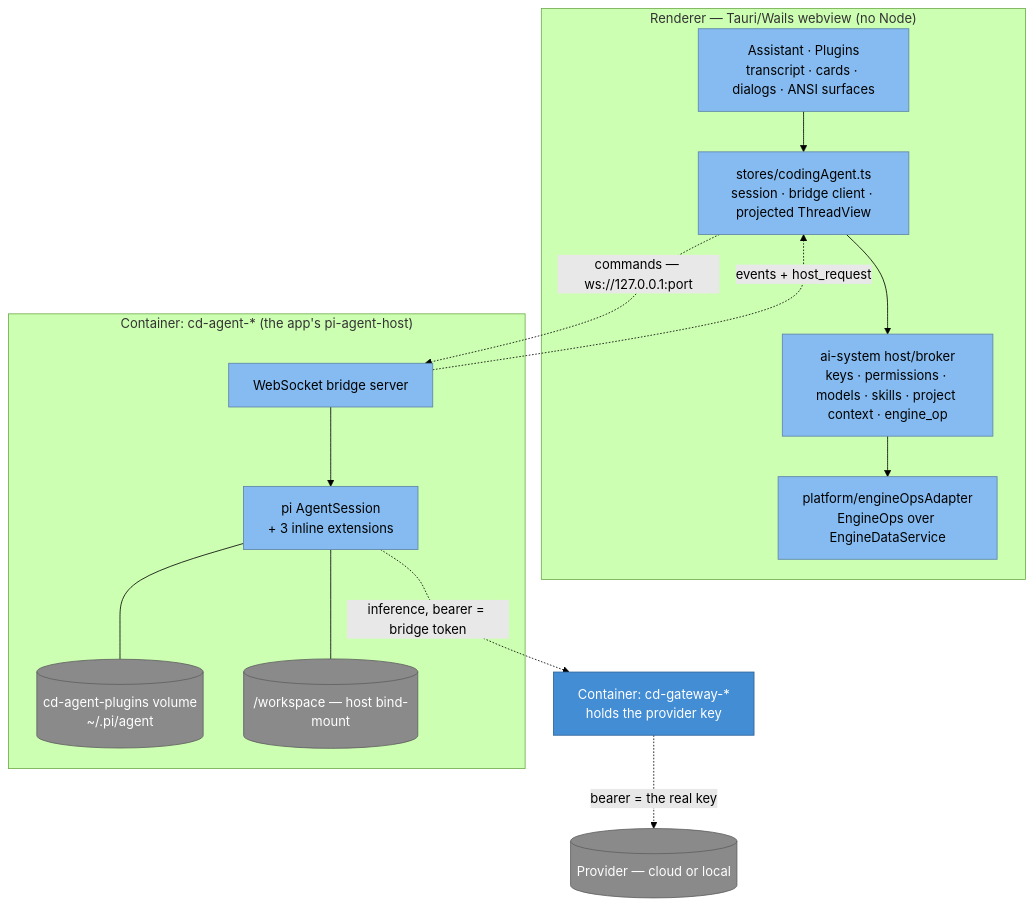
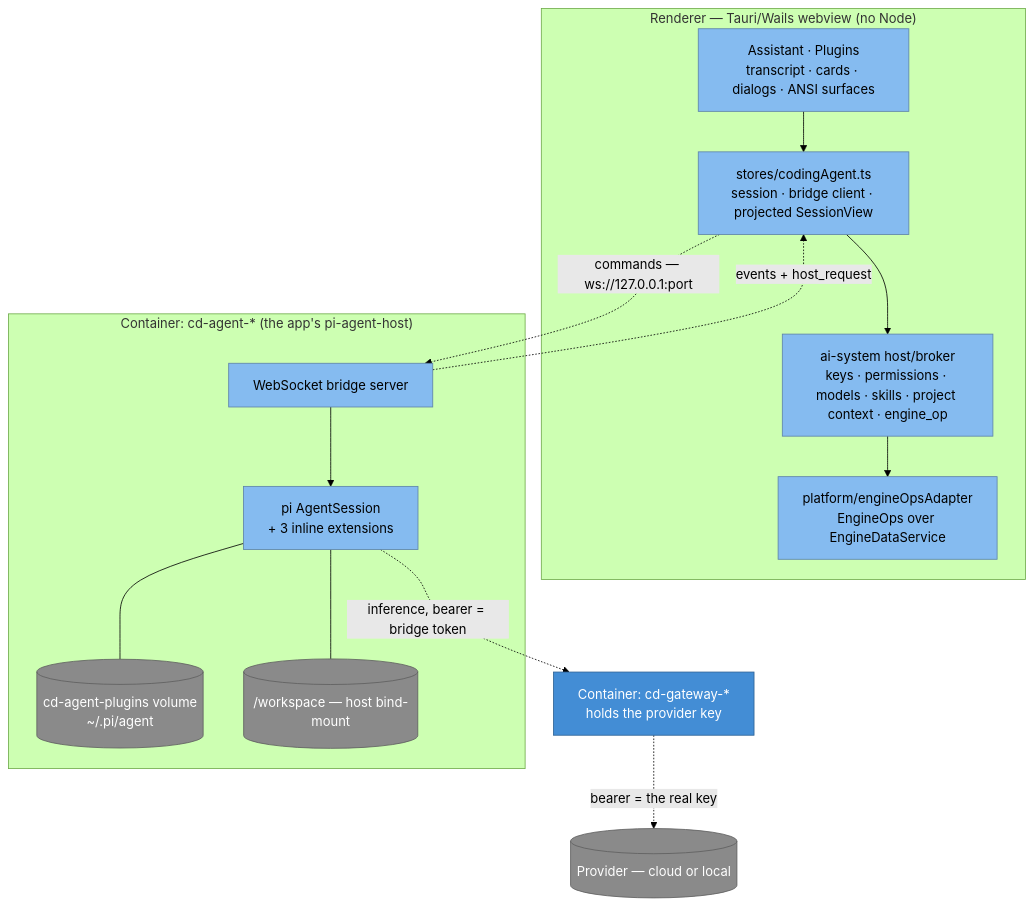
The diagram in docs/architecture/ai-subsystem.md (iongion/container-desktop), drawn with Mermaid (forest theme) before and after one commit. The commit also changed other lines of this file and 135 other files, not shown here.

````diff
--- a/docs/architecture/ai-subsystem.md
+++ b/docs/architecture/ai-subsystem.md
@@ -41,31 +41,31 @@
 ```mermaid
 flowchart TB
   subgraph renderer["Renderer — Tauri/Wails webview (no Node)"]
     ui["Assistant · Plugins<br/>transcript · cards · dialogs · ANSI surfaces"]:::component
-    store["stores/codingAgent.ts<br/>session · bridge client · projected ThreadView"]:::component
+    store["stores/codingAgent.ts<br/>session · bridge client · projected SessionView"]:::component
     broker["ai-system host/broker<br/>keys · permissions · models · skills · project context · engine_op"]:::component
     ops["platform/engineOpsAdapter<br/>EngineOps over EngineDataService"]:::component
   end
   subgraph agent["Container: cd-agent-* (the app's pi-agent-host)"]
     host["WebSocket bridge server"]:::component
     pi["pi AgentSession<br/>+ 3 inline extensions"]:::component
     vol[("cd-agent-plugins volume<br/>~/.pi/agent")]:::external
     ws[("/workspace — host bind-mount")]:::external
   end
   gw["Container: cd-gateway-*<br/>holds the provider key"]:::container
   prov[(Provider — cloud or local)]:::external
 
   ui --> store
   store -.->|"commands — ws://127.0.0.1:port"| host
   host -.->|"events + host_request"| store
   host --> pi
   pi --- vol
   pi --- ws
   store --> broker --> ops
   pi -.->|"inference, bearer = bridge token"| gw
   gw -.->|"bearer = the real key"| prov
 
   classDef component fill:#85bbf0,color:#000,stroke:#5d82a8;
   classDef container fill:#438dd5,color:#fff,stroke:#2e6295;
   classDef external fill:#8a8a8a,color:#fff,stroke:#5e5e5e;
 ```
````
